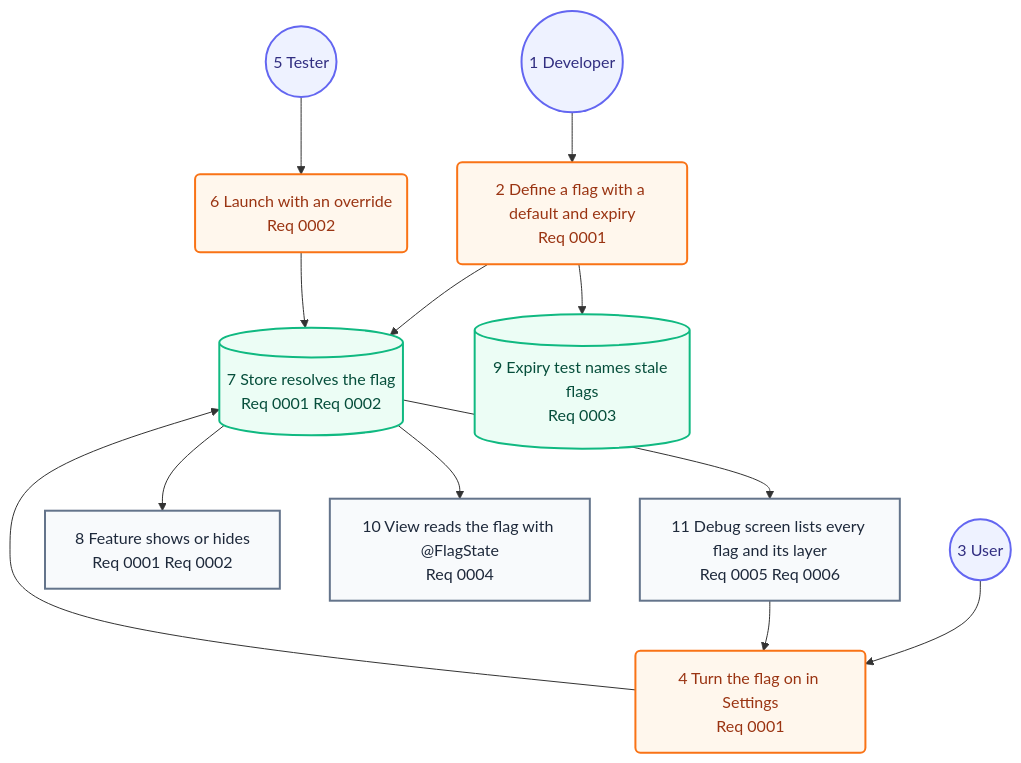
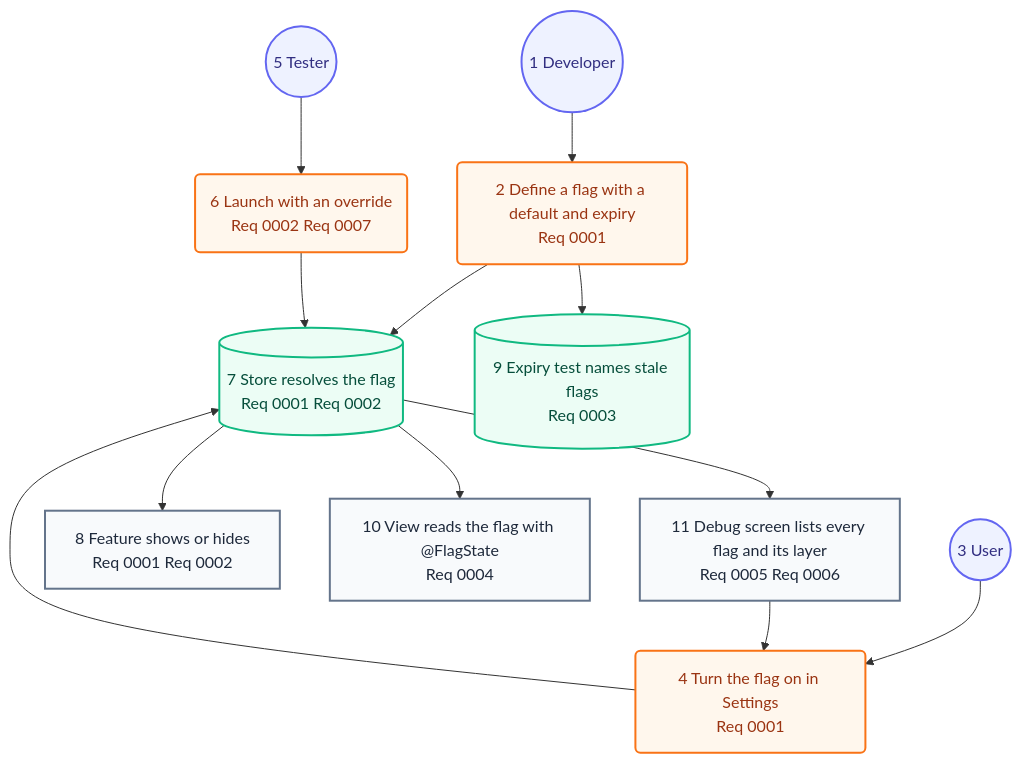
Before and after one commit to may-journal/feature-flag-kit: the second of 2 diagrams in docs/architecture/05-user-journey.md, drawn with Mermaid. The commit also changed other lines of this file and 15 other files, not shown here.

````diff
--- a/docs/architecture/05-user-journey.md
+++ b/docs/architecture/05-user-journey.md
@@ -31,31 +31,31 @@
 ```mermaid
 flowchart TB
     developer((1 Developer)):::persona
     define(2 Define a flag with a default and expiry<br/>Req 0001):::action
     user((3 User)):::persona
     toggle(4 Turn the flag on in Settings<br/>Req 0001):::action
     tester((5 Tester)):::persona
-    launch(6 Launch with an override<br/>Req 0002):::action
+    launch(6 Launch with an override<br/>Req 0002 Req 0007):::action
     resolve[(7 Store resolves the flag<br/>Req 0001 Req 0002)]:::system
     feature[8 Feature shows or hides<br/>Req 0001 Req 0002]:::screen
     expiry[(9 Expiry test names stale flags<br/>Req 0003)]:::system
     view[10 View reads the flag with @FlagState<br/>Req 0004]:::screen
     debug[11 Debug screen lists every flag and its layer<br/>Req 0005 Req 0006]:::screen
 
     developer --> define
     user --> toggle
     tester --> launch
     define --> resolve
     toggle --> resolve
     launch --> resolve
     resolve --> feature
     define --> expiry
     resolve --> view
     resolve --> debug
     debug --> toggle
 
     classDef persona fill:#eef2ff,stroke:#6366f1,color:#312e81,stroke-width:2px
     classDef screen fill:#f8fafc,stroke:#64748b,color:#1e293b,stroke-width:2px
     classDef action fill:#fff7ed,stroke:#f97316,color:#9a3412,stroke-width:2px
     classDef system fill:#ecfdf5,stroke:#10b981,color:#064e3b,stroke-width:2px
 ```
````
